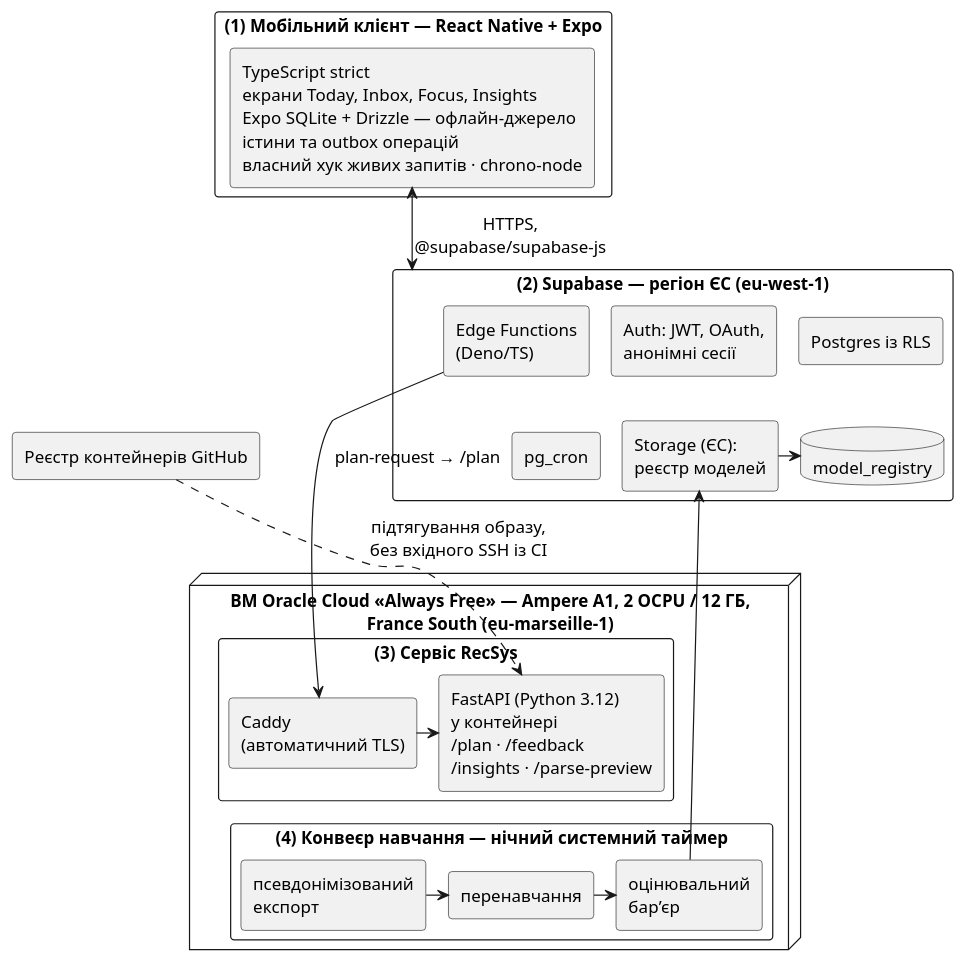
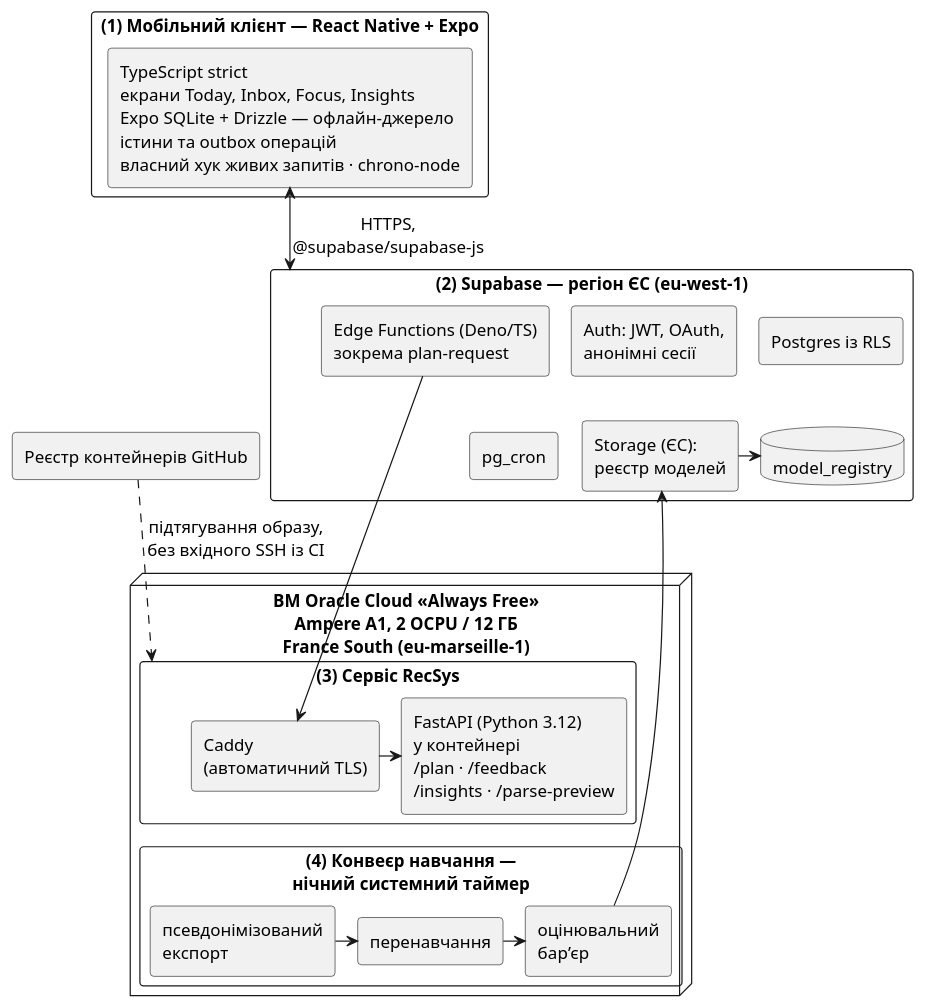
Before and after one commit to IKala4I/magister_work: the diagram in docs/thesis/text/diagrams/3-1-architecture.puml, drawn with PlantUML.

Commit message:
fix(thesis): Рисунок 3.1 legibility — no loose arrow label, captions out of the lines' way
The adversarial pass: the «plan-request → /plan» label sat far from its arrow and under the Supabase
frame's border; the Edge → Caddy line crossed «Cloud» in the VM caption; the GitHub arrow crossed
«Free»», «South» and the RecSys caption.

The arrow carries no label now: «зокрема plan-request» is in the Edge Functions box and /plan is in
the FastAPI box, which is what the placeholder's «Edge Function plan-request → FastAPI /plan» says.
The VM caption is three narrow lines (same words), the training-pipeline caption two; the GitHub
arrow points at the RecSys frame. Five variants measured; this one keeps 8.7 pt (the versions with a
separate spec block fell to 6.8–7.5 pt).

Phase: post-P12

```diff
--- a/docs/thesis/text/diagrams/3-1-architecture.puml
+++ b/docs/thesis/text/diagrams/3-1-architecture.puml
@@ -1,60 +1,61 @@
 @startuml
 ' Рисунок 3.1 — Загальна архітектура системи Hourwell.
 ' Джерело: текст плейсхолдера рисунка 3.1 у full.md (підрозділ 3.2) — чотири рівні, їхній склад і
-' стрілки взято звідти; нічого поза ним. Рівні (3) і (4) — на одній ВМ, як і сказано в тексті,
+' стрілки взято звідти; нічого поза ним. Стрілка plan-request → /plan без підпису: ім’я функції
+' стоїть у блоці Edge Functions, /plan — у блоці FastAPI. Рівні (3) і (4) — на одній ВМ, як і сказано в тексті,
 ' тому намальовані в одній рамці ВМ. PlantUML, а не Mermaid: розкладка Mermaid не дає вмістити
 ' рисунок на сторінку з підписами не менше 8 пт (стрілку «конвеєр → Storage» вона веде в обхід).
 !pragma layout smetana
 skinparam defaultFontSize 14
 skinparam defaultFontName Arial
 skinparam monochrome true
 skinparam shadowing false
 skinparam rectangle {
   RoundCorner 6
 }
 skinparam nodesep 18
 skinparam ranksep 34
 top to bottom direction
 
 rectangle "(1) Мобільний клієнт — React Native + Expo" as L1 {
   rectangle "TypeScript strict\nекрани Today, Inbox, Focus, Insights\nExpo SQLite + Drizzle — офлайн-джерело\nістини та outbox операцій\nвласний хук живих запитів · chrono-node" as C
 }
 
 rectangle "(2) Supabase — регіон ЄС (eu-west-1)" as L2 {
   rectangle "Postgres із RLS" as S1
   rectangle "Auth: JWT, OAuth,\nанонімні сесії" as S2
-  rectangle "Edge Functions\n(Deno/TS)" as S3
+  rectangle "Edge Functions (Deno/TS)\nзокрема plan-request" as S3
   rectangle "pg_cron" as S4
   rectangle "Storage (ЄС):\nреєстр моделей" as S5
   database "model_registry" as S6
 }
 
-node "ВМ Oracle Cloud «Always Free» — Ampere A1, 2 OCPU / 12 ГБ,\nFrance South (eu-marseille-1)" as VM {
+node "ВМ Oracle Cloud «Always Free»\nAmpere A1, 2 OCPU / 12 ГБ\nFrance South (eu-marseille-1)" as VM {
   rectangle "(3) Сервіс RecSys" as L3 {
     rectangle "Caddy\n(автоматичний TLS)" as R0
     rectangle "FastAPI (Python 3.12)\nу контейнері\n/plan · /feedback\n/insights · /parse-preview" as R1
   }
-  rectangle "(4) Конвеєр навчання — нічний системний таймер" as L4 {
+  rectangle "(4) Конвеєр навчання —\nнічний системний таймер" as L4 {
     rectangle "псевдонімізований\nекспорт" as T1
     rectangle "перенавчання" as T2
     rectangle "оцінювальний\nбар’єр" as T3
   }
 }
 
 rectangle "Реєстр контейнерів GitHub" as GH
 
 C <-down-> L2 : HTTPS,\n@supabase/supabase-js
-S3 -down-> R0 : plan-request → /plan
+S3 -down-> R0
 R0 -right-> R1
 T1 -right-> T2
 T2 -right-> T3
 T3 -up-> S5
 S5 -right-> S6
 ' розкладка (лише невидимі зв'язки): Supabase у два ряди, RecSys над конвеєром навчання, ВМ під Supabase
 S1 -[hidden]down- S5
 S2 -[hidden]down- S4
 R0 -[hidden]down- T1
 S4 -[hidden]down- R1
 S4 -[hidden]right- GH
-GH .down.> R1 : підтягування образу,\nбез вхідного SSH із CI
+GH .down.> L3 : підтягування образу,\nбез вхідного SSH із CI
 @enduml
```
